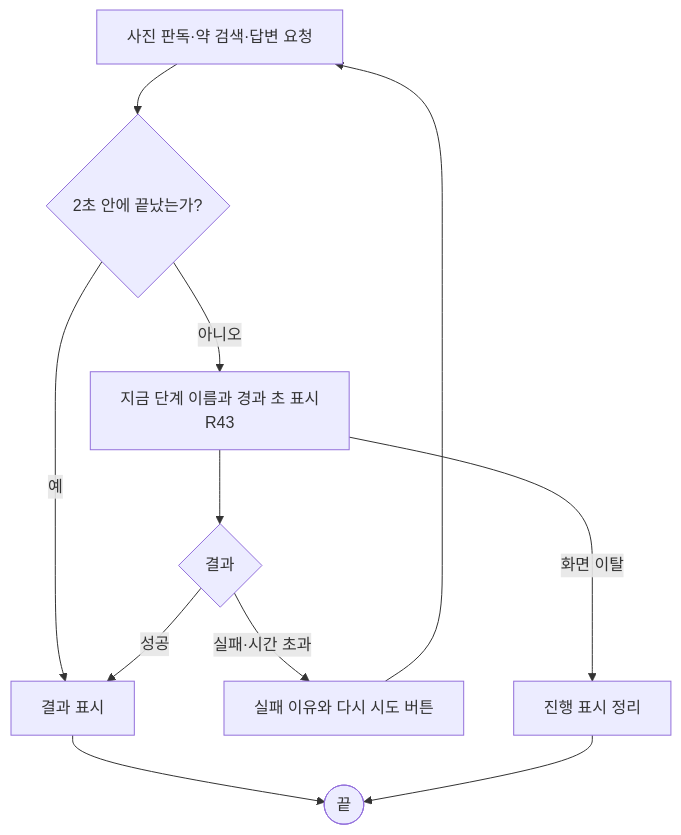
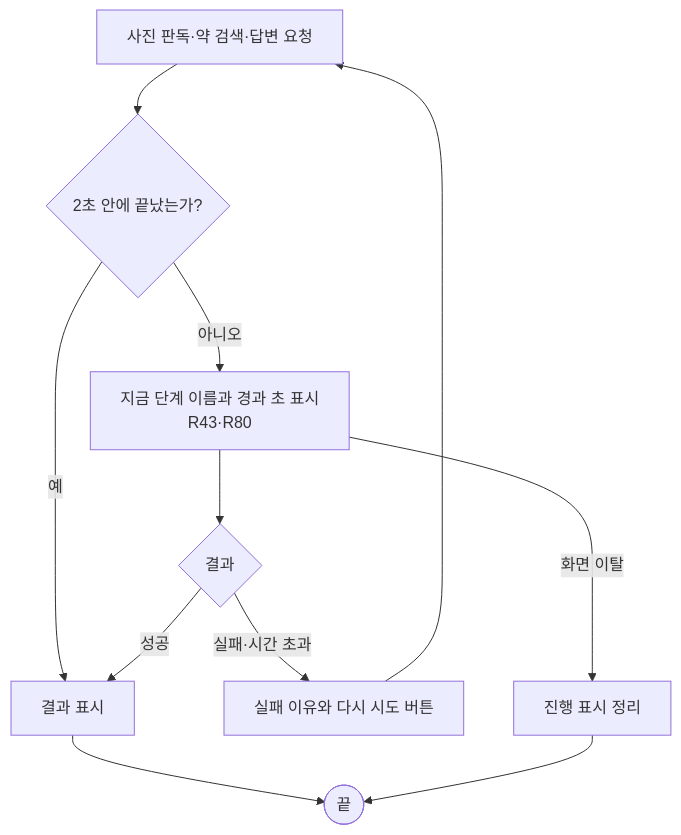
The fourth of 13 diagrams in docs/03-user-flow/user-flow-v3.md (kodonghui/pillboot-dev), drawn with Mermaid before and after one commit. The commit also changed other lines of this file and 4 other files, not shown here.

````diff
--- a/docs/03-user-flow/user-flow-v3.md
+++ b/docs/03-user-flow/user-flow-v3.md
@@ -107,13 +107,13 @@
 ```mermaid
 flowchart TD
     ASK["사진 판독·약 검색·답변 요청"] --> WAIT{"2초 안에 끝났는가?"}
     WAIT -->|"예"| RESULT["결과 표시"]
-    WAIT -->|"아니오"| PROGRESS["지금 단계 이름과 경과 초 표시<br/>R43"]
+    WAIT -->|"아니오"| PROGRESS["지금 단계 이름과 경과 초 표시<br/>R43·R80"]
     PROGRESS --> FINISH{"결과"}
     FINISH -->|"성공"| RESULT
     FINISH -->|"실패·시간 초과"| FAIL["실패 이유와 다시 시도 버튼"]
     FAIL --> ASK
     PROGRESS -->|"화면 이탈"| LEAVE["진행 표시 정리"]
     RESULT --> END(["끝"])
     LEAVE --> END
 ```
````
